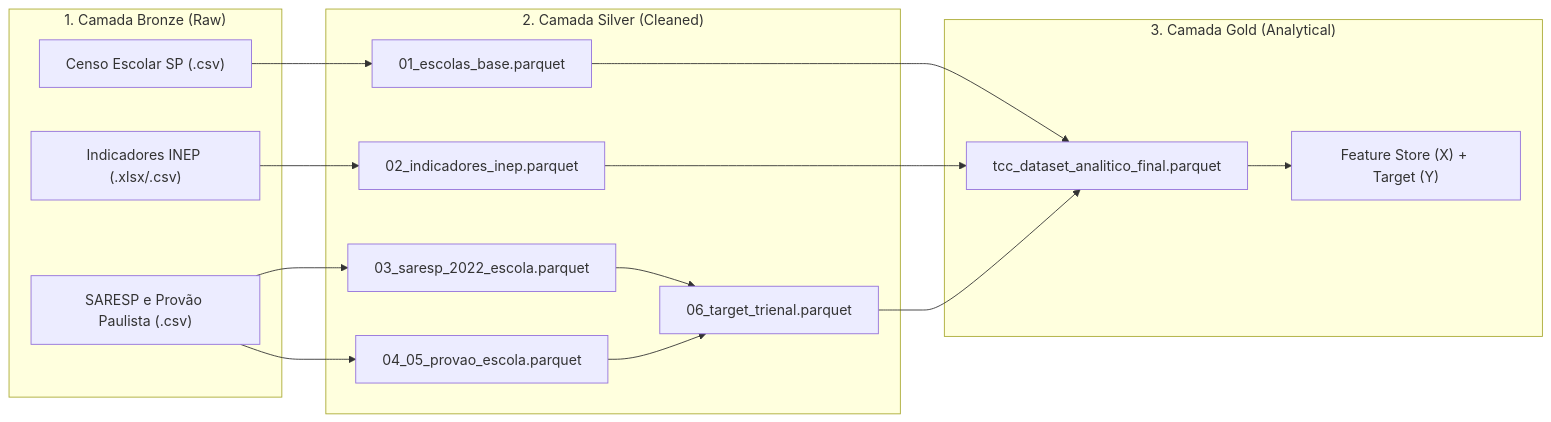
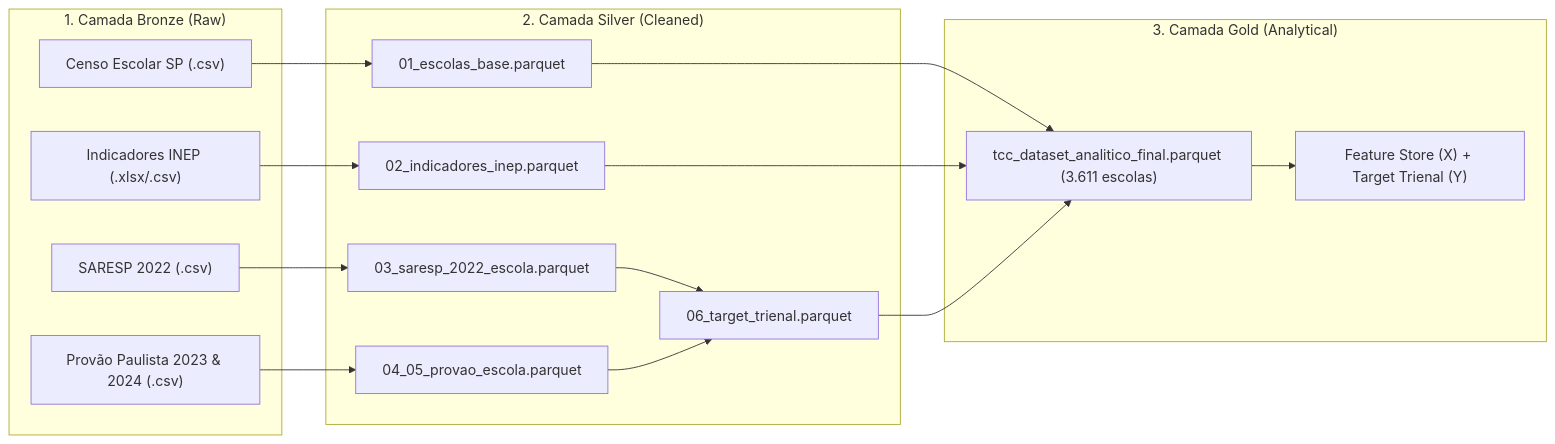
One commit to Rafaelsecond/tcc-desempenho-escolar changed the diagram in reports/relatorio_final_tcc.md. Above: the diagram before and after it, drawn with Mermaid. The commit also changed other lines of this file and 37 other files, not shown here.

````diff
--- a/reports/relatorio_final_tcc.md
+++ b/reports/relatorio_final_tcc.md
@@ -343,27 +371,29 @@
 ```mermaid
 flowchart LR
     subgraph Bronze["1. Camada Bronze (Raw)"]
         B1["Censo Escolar SP (.csv)"]
         B2["Indicadores INEP (.xlsx/.csv)"]
-        B3["SARESP e Provão Paulista (.csv)"]
+        B3["SARESP 2022 (.csv)"]
+        B4["Provão Paulista 2023 & 2024 (.csv)"]
     end
 
     subgraph Silver["2. Camada Silver (Cleaned)"]
         S1["01_escolas_base.parquet"]
         S2["02_indicadores_inep.parquet"]
         S3["03_saresp_2022_escola.parquet"]
         S4["04_05_provao_escola.parquet"]
         S5["06_target_trienal.parquet"]
     end
 
     subgraph Gold["3. Camada Gold (Analytical)"]
-        G1["tcc_dataset_analitico_final.parquet"]
-        G2["Feature Store (X) + Target (Y)"]
+        G1["tcc_dataset_analitico_final.parquet (3.611 escolas)"]
+        G2["Feature Store (X) + Target Trienal (Y)"]
     end
 
     B1 --> S1
     B2 --> S2
-    B3 --> S3 & S4
+    B3 --> S3
+    B4 --> S4
     S3 & S4 --> S5
     S1 & S2 & S5 --> G1 --> G2
 ```
````
